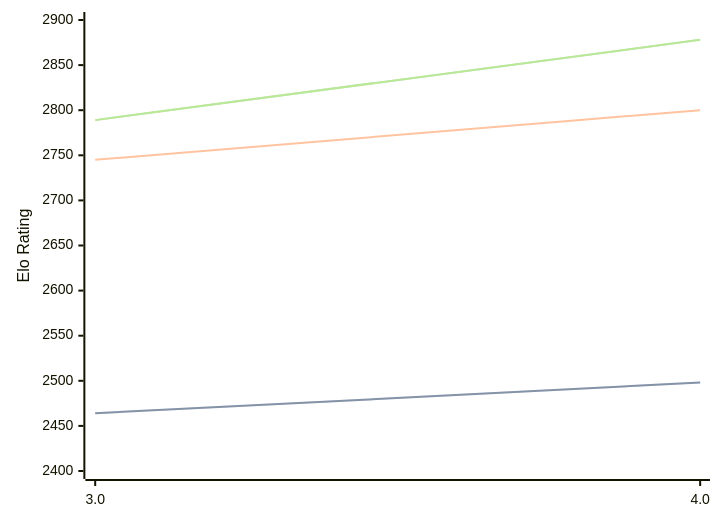
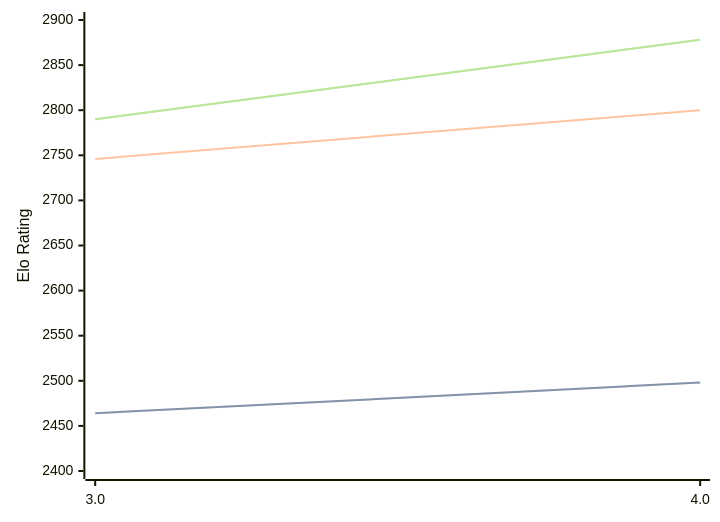
The diagram in engines/Chess3.md (computer-chess-index/cci), drawn with Mermaid before and after one commit. The commit also changed other lines of this file, not shown here.

Commit message:
Update CCI Ratings (ELO VLTC) - 2026-05-22

````diff
--- a/engines/Chess3.md
+++ b/engines/Chess3.md
@@ -34,11 +34,11 @@
 ```mermaid
 %%{init: {"theme":"base","themeVariables":{"seriesColors:['#a3a3a3','#222221','#faa371']}}}%%
 xychart-beta
   x-axis ["3.0", "4.0"]
   y-axis "Elo Rating" 2400 --> 2900
   line "STC (8.0+0.08s)" [2464, 2498]
   line "STC (8.0+0.08s)" [2464, 2498]
-  line "LTC (60.0+0.60s)" [2745, 2800]
-  line "VLTC (2m24s+1.12s)" [2789, 2878]
-  line "VLTC (2m24s+1.12s)" [2789, 2878]
+  line "LTC (60.0+0.60s)" [2746, 2800]
+  line "VLTC (2m24s+1.12s)" [2790, 2878]
+  line "VLTC (2m24s+1.12s)" [2790, 2878]
 ```
````
